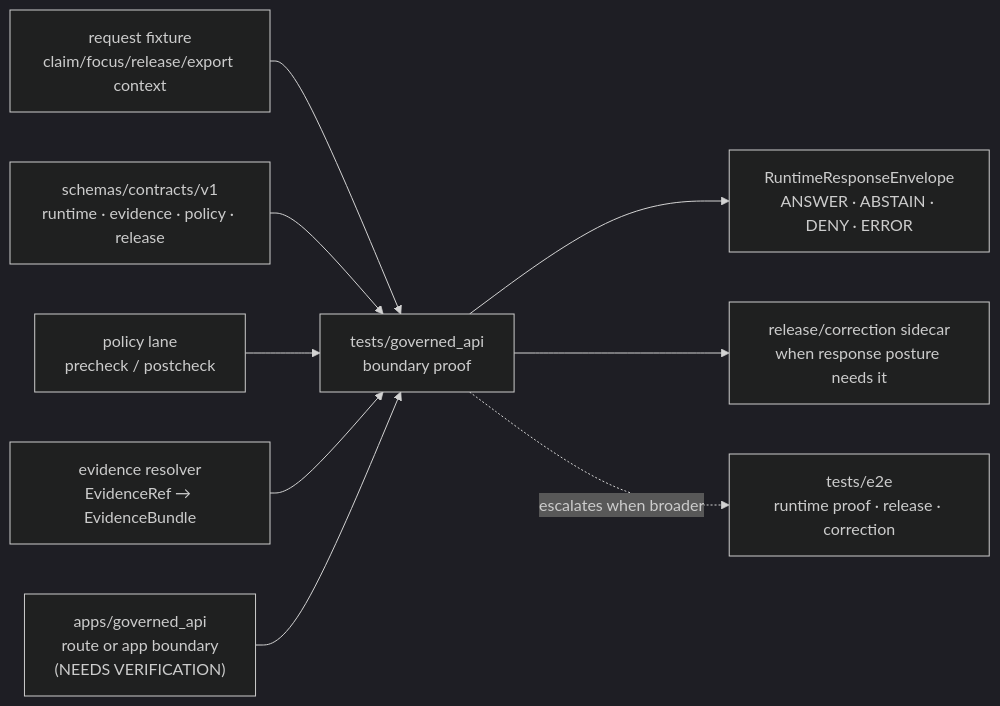
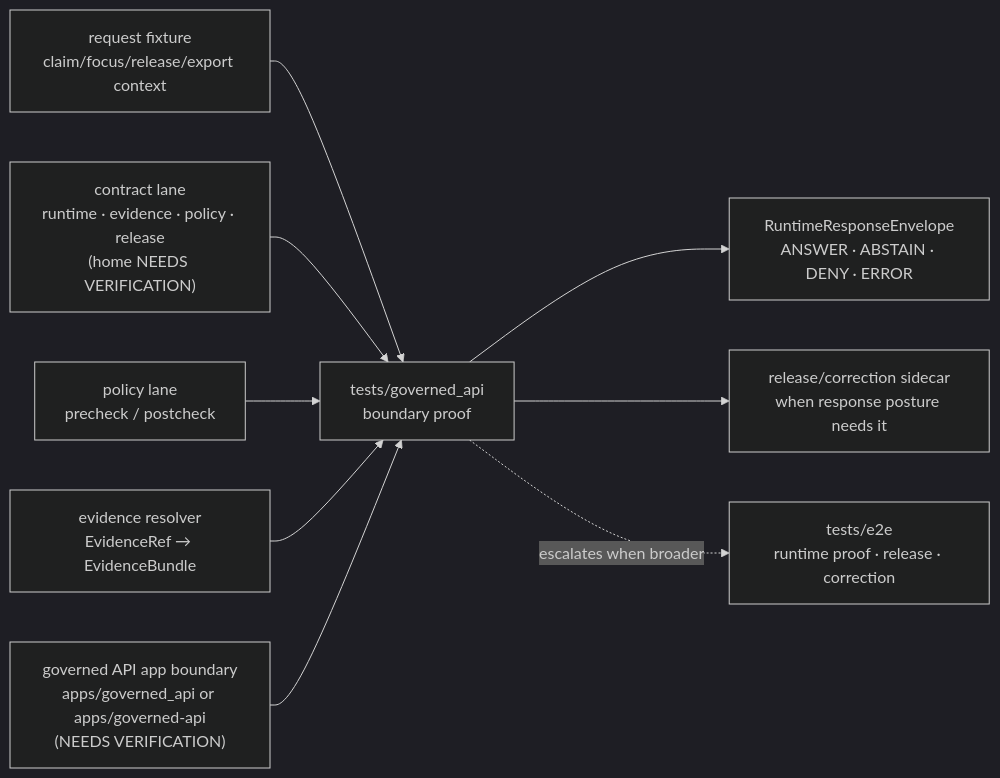
One commit to bartytime4life/Kansas-Frontier-Matrix changed the diagram in tests/governed_api/README.md. Above: the diagram before and after it, drawn with Mermaid (dark theme). The commit also changed other lines of this file, not shown here.

Commit message:
Update README.md for governed API tests

````diff
--- a/tests/governed_api/README.md
+++ b/tests/governed_api/README.md
@@ -300,21 +313,21 @@
 ```mermaid
 flowchart LR
     Request["request fixture<br/>claim/focus/release/export context"]
-    Contracts["schemas/contracts/v1<br/>runtime · evidence · policy · release"]
+    Contracts["contract lane<br/>runtime · evidence · policy · release<br/>(home NEEDS VERIFICATION)"]
     Policy["policy lane<br/>precheck / postcheck"]
     Evidence["evidence resolver<br/>EvidenceRef → EvidenceBundle"]
-    App["apps/governed_api<br/>route or app boundary<br/>(NEEDS VERIFICATION)"]
+    App["governed API app boundary<br/>apps/governed_api or apps/governed-api<br/>(NEEDS VERIFICATION)"]
     Tests["tests/governed_api<br/>boundary proof"]
     Envelope["RuntimeResponseEnvelope<br/>ANSWER · ABSTAIN · DENY · ERROR"]
     Sidecar["release/correction sidecar<br/>when response posture needs it"]
     E2E["tests/e2e<br/>runtime proof · release · correction"]
 
     Request --> Tests
     Contracts --> Tests
     Policy --> Tests
     Evidence --> Tests
     App --> Tests
     Tests --> Envelope
     Tests --> Sidecar
     Tests -. escalates when broader .-> E2E
 ```
````
